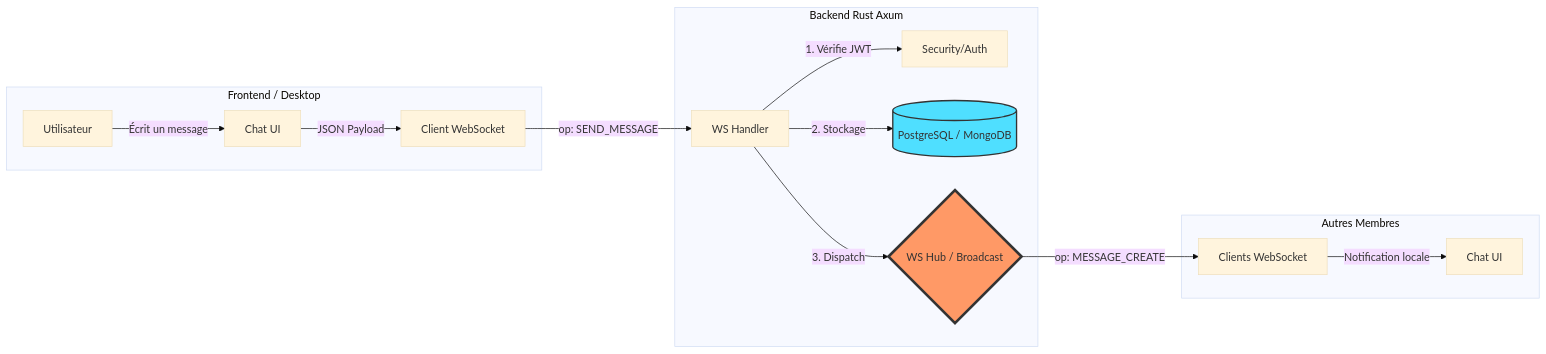
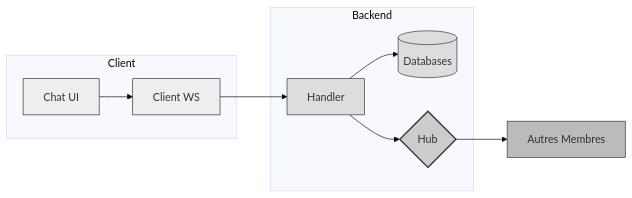
One commit to florian-billon/voisins-connect changed the second of 4 diagrams in README.md. Above: the diagram before and after it, drawn with Mermaid (base theme). The commit also changed other lines of this file, not shown here.

Commit message:
docs: simplify CI/CD diagram and apply grayscale theme to all diagrams

````diff
--- a/README.md
+++ b/README.md
@@ -336,22 +338,21 @@
 ```mermaid
 graph LR
-    subgraph Client [Frontend / Desktop]
-        A[Utilisateur] -->|"Écrit un message"| UI[Chat UI]
-        UI -->|"JSON Payload"| WS_C[Client WebSocket]
+    subgraph Client
+        UI[Chat UI] --> WS_C[Client WS]
     end
 
-    subgraph Server [Backend Rust Axum]
-        WS_C -->|"op: SEND_MESSAGE"| WS_S[WS Handler]
-        WS_S -->|"1. Vérifie JWT"| Auth[Security/Auth]
-        WS_S -->|"2. Stockage"| DB[(PostgreSQL / MongoDB)]
-        WS_S -->|"3. Dispatch"| Hub{WS Hub / Broadcast}
+    subgraph Server [Backend]
+        WS_C --> WS_S[Handler]
+        WS_S --> DB[(Databases)]
+        WS_S --> Hub{Hub}
     end
 
-    subgraph Peers [Autres Membres]
-        Hub -->|"op: MESSAGE_CREATE"| WS_O[Clients WebSocket]
-        WS_O -->|"Notification locale"| UI_O[Chat UI]
-    end
+    Hub --> WS_O[Autres Membres]
 
-    style Hub fill:#f96,stroke:#333,stroke-width:4px
-    style DB fill:#4FDFFF,stroke:#333,stroke-width:2px
+    style UI fill:#eee,stroke:#333
+    style WS_C fill:#eee,stroke:#333
+    style WS_S fill:#ddd,stroke:#333
+    style DB fill:#ddd,stroke:#333
+    style Hub fill:#ccc,stroke:#333,stroke-width:2px
+    style WS_O fill:#bbb,stroke:#333
 ```
````
